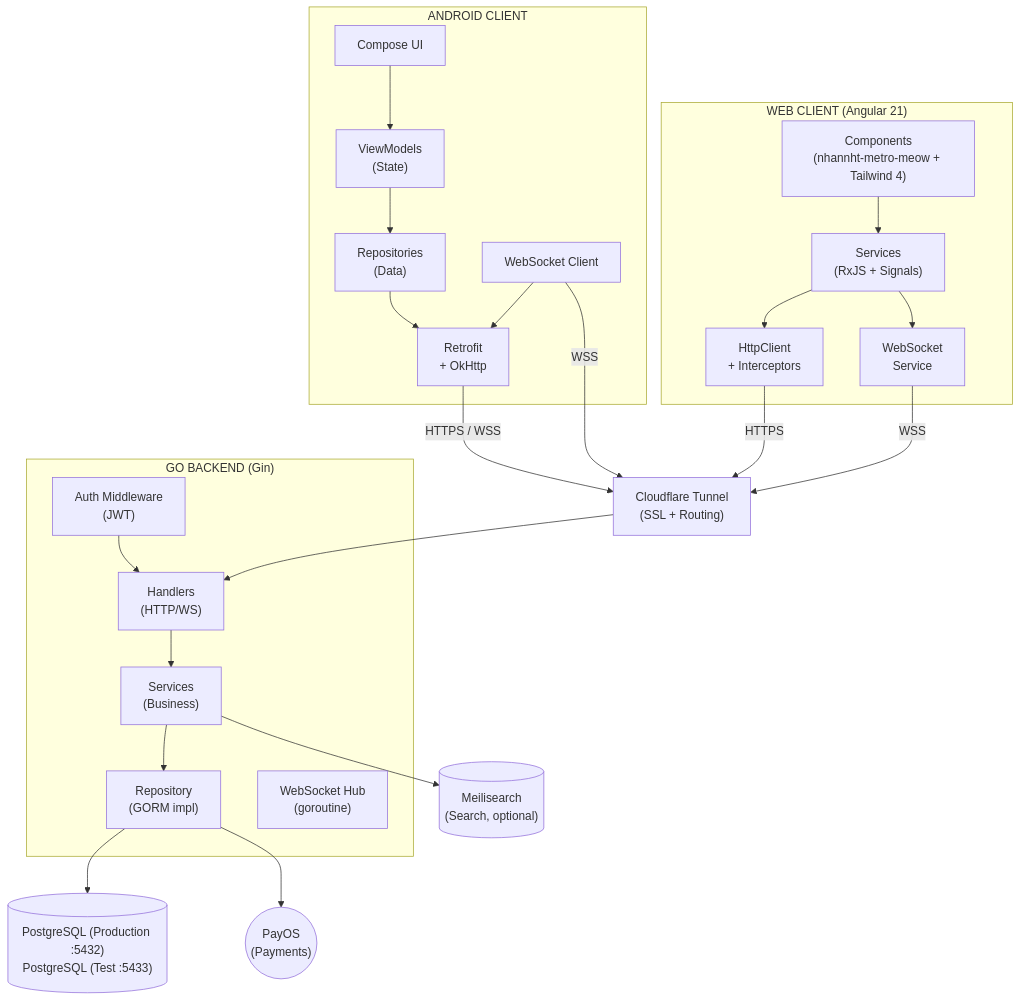
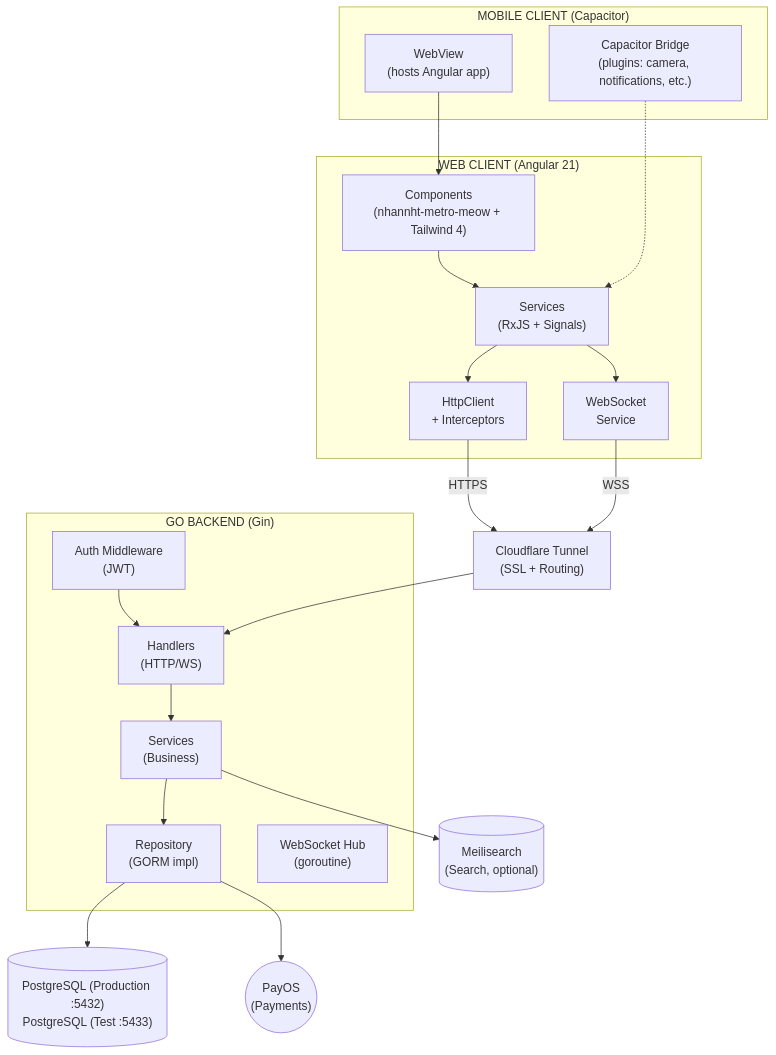
The first of 10 diagrams in docs/technical/ARCHITECTURE.md (nhannht/viecz), drawn with Mermaid before and after one commit. The commit also changed other lines of this file and 14 other files, not shown here.

````diff
--- a/docs/technical/ARCHITECTURE.md
+++ b/docs/technical/ARCHITECTURE.md
@@ -40,55 +40,48 @@
 ```mermaid
 graph TD
-    subgraph ANDROID_CLIENT["ANDROID CLIENT"]
-        ComposeUI["Compose UI"]
-        ViewModels["ViewModels<br/>(State)"]
-        Repositories["Repositories<br/>(Data)"]
-        Retrofit["Retrofit<br/>+ OkHttp"]
-        WebSocketClient["WebSocket Client"]
-
-        ComposeUI --> ViewModels
-        ViewModels --> Repositories
-        Repositories --> Retrofit
-        WebSocketClient --> Retrofit
+    subgraph MOBILE_CLIENT["MOBILE CLIENT (Capacitor)"]
+        WebView["WebView<br/>(hosts Angular app)"]
+        CapacitorBridge["Capacitor Bridge<br/>(plugins: camera, notifications, etc.)"]
     end
 
     subgraph WEB_CLIENT["WEB CLIENT (Angular 21)"]
         AngularComponents["Components<br/>(nhannht-metro-meow + Tailwind 4)"]
         AngularServices["Services<br/>(RxJS + Signals)"]
         HttpClient["HttpClient<br/>+ Interceptors"]
         WsService["WebSocket<br/>Service"]
 
         AngularComponents --> AngularServices
         AngularServices --> HttpClient
         AngularServices --> WsService
     end
 
+    WebView --> AngularComponents
+    CapacitorBridge -.-> AngularServices
+
     CLOUDFLARE["Cloudflare Tunnel<br/>(SSL + Routing)"]
 
-    Retrofit -- "HTTPS / WSS" --> CLOUDFLARE
-    WebSocketClient -- "WSS" --> CLOUDFLARE
     HttpClient -- "HTTPS" --> CLOUDFLARE
     WsService -- "WSS" --> CLOUDFLARE
 
     subgraph GO_BACKEND["GO BACKEND (Gin)"]
         AuthMW["Auth Middleware<br/>(JWT)"]
         Handlers["Handlers<br/>(HTTP/WS)"]
         Services["Services<br/>(Business)"]
         Repository["Repository<br/>(GORM impl)"]
         WebSocketHub["WebSocket Hub<br/>(goroutine)"]
 
         AuthMW --> Handlers
         Handlers --> Services
         Services --> Repository
     end
 
     CLOUDFLARE --> Handlers
 
     DB[("PostgreSQL (Production :5432)<br/>PostgreSQL (Test :5433)")]
     PayOS(("PayOS<br/>(Payments)"))
     Meilisearch[("Meilisearch<br/>(Search, optional)")]
 
     Repository --> DB
     Repository --> PayOS
     Services --> Meilisearch
 ```
````
